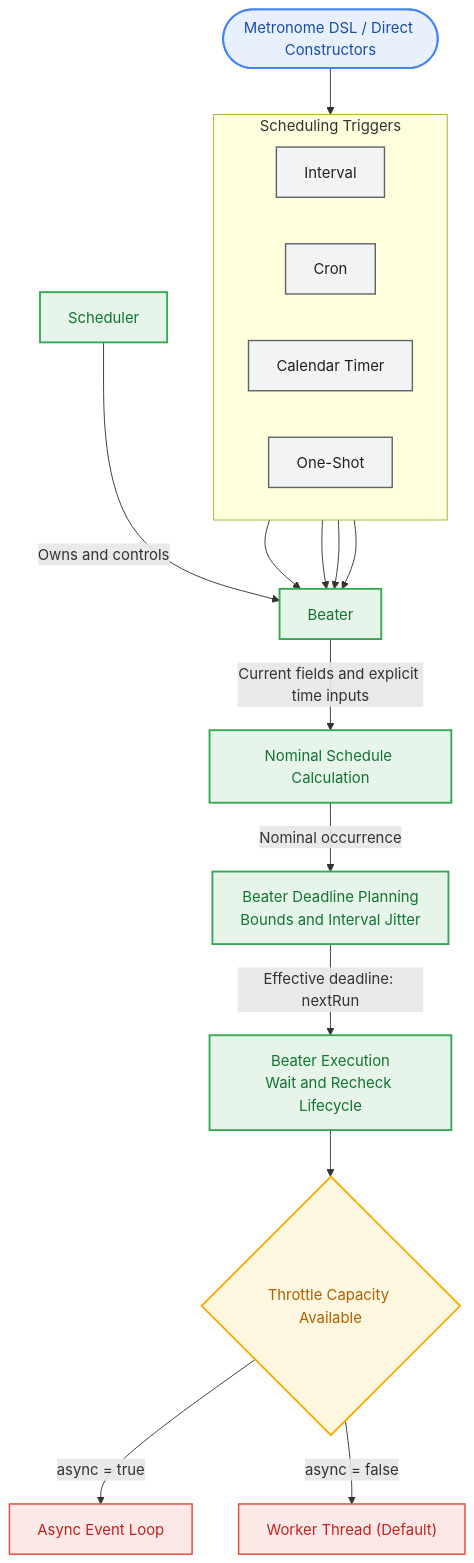
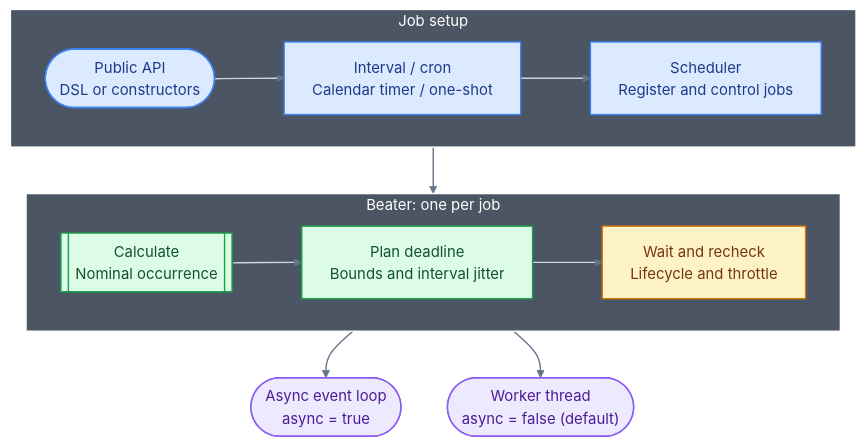
The diagram in README.md (titanomachy/Metronome), drawn with Mermaid before and after one commit. The commit also changed 1 other file, not shown here.

Commit message:
Refactor conceptual application diagram

````diff
--- a/README.md
+++ b/README.md
@@ -42,42 +42,36 @@
 ```mermaid
 flowchart TB
-  DSL(["Metronome DSL / Direct Constructors"]):::entry
-
-  subgraph INTERFACES["Scheduling Triggers"]
+  subgraph SETUP["Job setup"]
     direction LR
-    EVERY["Interval"]:::trigger
-    CRON["Cron"]:::trigger
-    TIMER["Calendar Timer"]:::trigger
-    AT["One-Shot"]:::trigger
+    API(["Public API<br/>DSL or constructors"]):::setup
+    SCHEDULE["Interval / cron<br/>Calendar timer / one-shot"]:::setup
+    SCHEDULER["Scheduler<br/>Register and control jobs"]:::setup
+    API --> SCHEDULE --> SCHEDULER
   end
 
-  BEATER["Beater"]:::core
-  CALCULATION["Nominal Schedule Calculation"]:::core
-  PLANNING["Beater Deadline Planning<br/>Bounds and Interval Jitter"]:::core
-  EXECUTION["Beater Execution<br/>Wait and Recheck Lifecycle"]:::core
-  SCHEDULER["Scheduler"]:::core
-  GATE{"Throttle Capacity Available"}:::gate
-  ASYNC["Async Event Loop"]:::target
-  THREAD["Worker Thread (Default)"]:::target
+  subgraph BEATER["Beater: one per job"]
+    direction LR
+    CALCULATE[["Calculate<br/>Nominal occurrence"]]:::timing
+    PLAN["Plan deadline<br/>Bounds and interval jitter"]:::timing
+    WAIT["Wait and recheck<br/>Lifecycle and throttle"]:::guard
+    CALCULATE --> PLAN --> WAIT
+  end
 
-  DSL --> INTERFACES
-  EVERY --> BEATER
-  CRON --> BEATER
-  TIMER --> BEATER
-  AT --> BEATER
+  ASYNC(["Async event loop<br/>async = true"]):::target
+  THREAD(["Worker thread<br/>async = false (default)"]):::target
 
-  SCHEDULER -->|Owns and controls| BEATER
-  BEATER -->|Current fields and explicit time inputs| CALCULATION
-  CALCULATION -->|Nominal occurrence| PLANNING
-  PLANNING -->|Effective deadline: nextRun| EXECUTION
-  EXECUTION --> GATE
-  GATE -->|async = true| ASYNC
-  GATE -->|async = false| THREAD
+  SETUP --> BEATER
+  BEATER --> ASYNC
+  BEATER --> THREAD
 
-  %% Styling palette
-  classDef entry fill:#e8f0fe,stroke:#4285f4,stroke-width:2px,color:#174ea6;
-  classDef trigger fill:#f1f3f4,stroke:#5f6368,stroke-width:1.5px,color:#202124;
-  classDef core fill:#e6f4ea,stroke:#34a853,stroke-width:2px,color:#137333;
-  classDef gate fill:#fef7e0,stroke:#f9ab00,stroke-width:2px,color:#b06000;
-  classDef target fill:#fce8e6,stroke:#ea4335,stroke-width:1.5px,color:#c5221f;
+  classDef setup fill:#dbeafe,stroke:#3b82f6,stroke-width:1.5px,color:#1e3a8a;
+  classDef timing fill:#dcfce7,stroke:#16a34a,stroke-width:1.5px,color:#14532d;
+  classDef guard fill:#fef3c7,stroke:#d97706,stroke-width:1.5px,color:#78350f;
+  classDef target fill:#ede9fe,stroke:#8b5cf6,stroke-width:1.5px,color:#4c1d95;
+
+  style SETUP fill:#4b5563,stroke:#ffffff,stroke-width:1.5px,color:#ffffff;
+  style BEATER fill:#4b5563,stroke:#ffffff,stroke-width:1.5px,color:#ffffff;
+
+  linkStyle default stroke:#64748b,stroke-width:1.5px;
+  linkStyle 0,1,2,3 stroke:#cbd5e1,stroke-width:1.5px;
 ```
````
